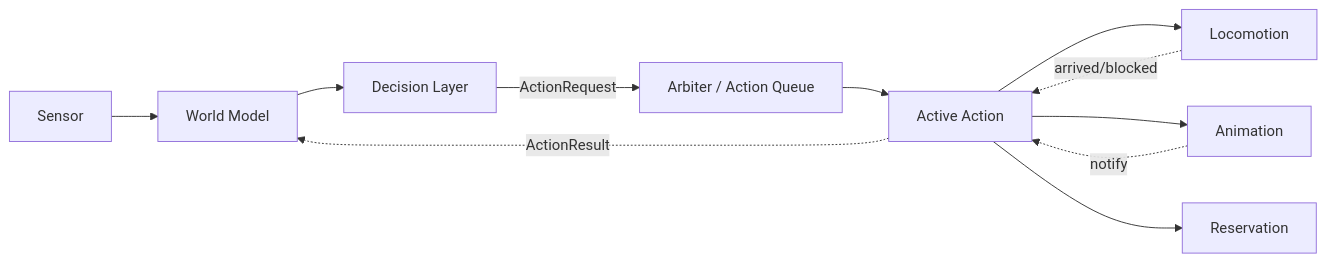
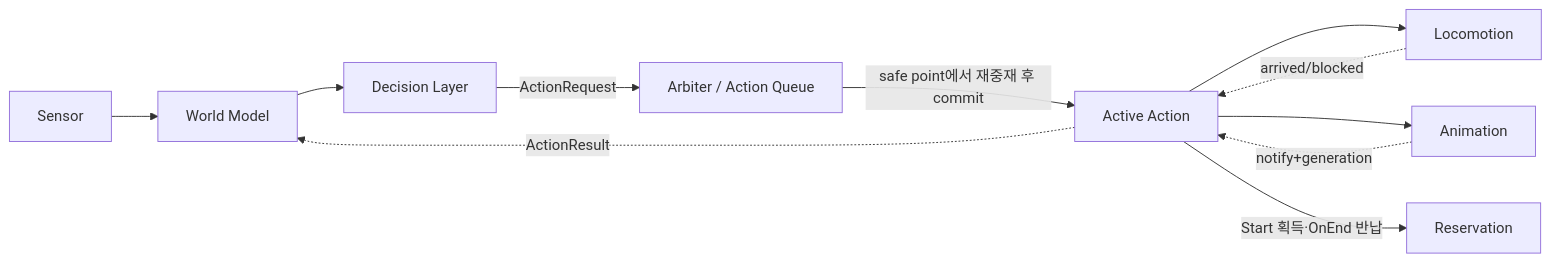
Before and after one commit to Rein-ArXiv/game-dev-curriculum: the first of 6 diagrams in ai/part23_ai_architecture_action_layer.md, drawn with Mermaid. The commit also changed other lines of this file and 279 other files, not shown here.

````diff
--- a/ai/part23_ai_architecture_action_layer.md
+++ b/ai/part23_ai_architecture_action_layer.md
@@ -9,13 +9,13 @@
 ```mermaid
 flowchart LR
     Sense[Sensor] --> WM[World Model]
     WM --> Decide[Decision Layer]
     Decide -->|ActionRequest| Arb[Arbiter / Action Queue]
-    Arb --> Action[Active Action]
+    Arb -->|safe point에서 재중재 후 commit| Action[Active Action]
     Action --> Loco[Locomotion]
     Action --> Anim[Animation]
-    Action --> Res[Reservation]
-    Anim -.notify.-> Action
+    Action -->|Start 획득·OnEnd 반납| Res[Reservation]
+    Anim -.notify+generation.-> Action
     Loco -.arrived/blocked.-> Action
     Action -.ActionResult.-> WM
 ```
````
